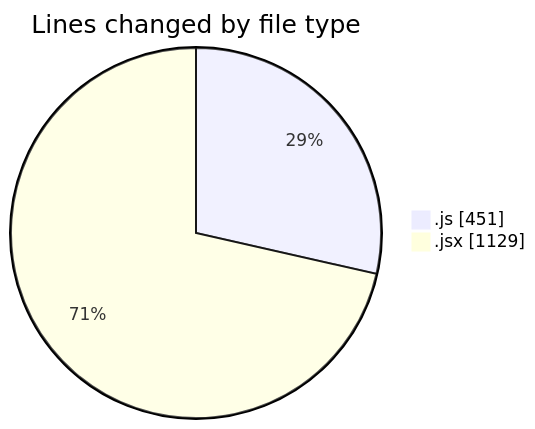
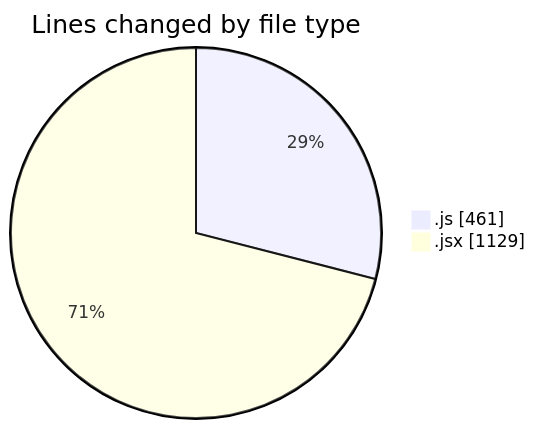
Before and after one commit to nxtqubesakshisongat/code-tracking: the first of 2 diagrams in 2025-12-01/nxtqube_webapp/README.md, drawn with Mermaid. The commit also changed other lines of this file and 1 other file, not shown here.

````diff
--- a/2025-12-01/nxtqube_webapp/README.md
+++ b/2025-12-01/nxtqube_webapp/README.md
@@ -22,6 +22,6 @@
 ```mermaid
 pie showData
 title Lines changed by file type
-".js" : 451
+".js" : 461
 ".jsx" : 1129
 ```
````
